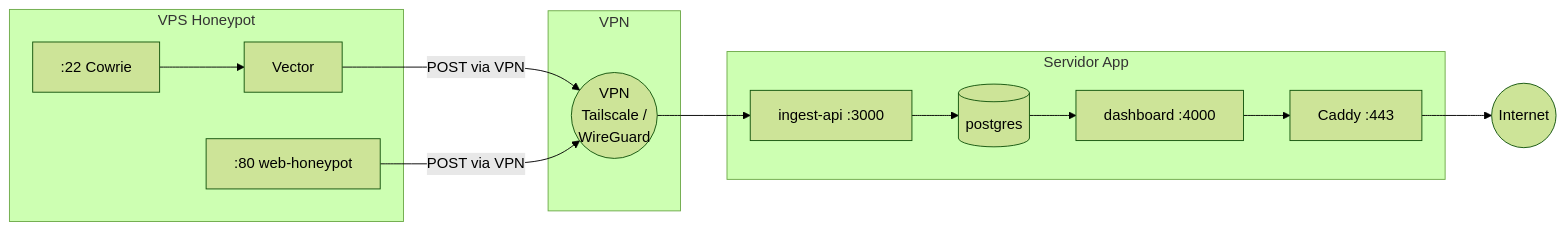
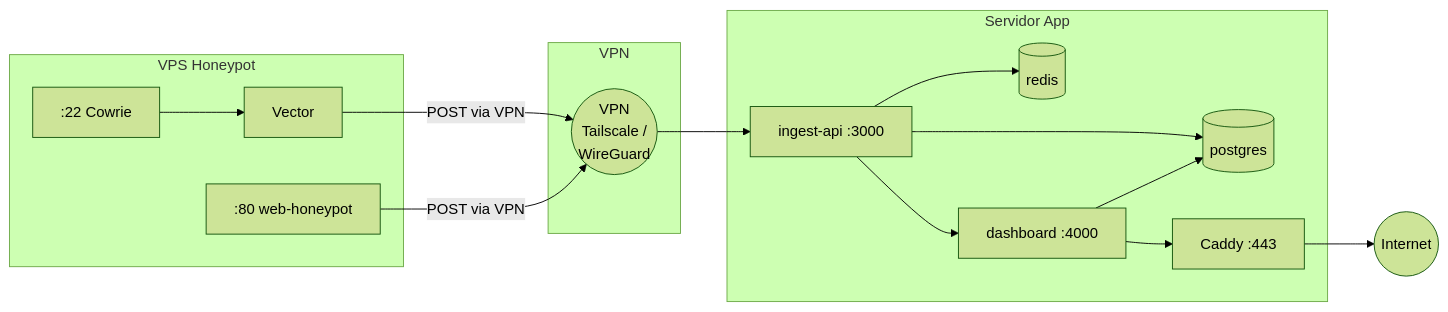
One commit to elrichi31/honeypot-ai changed the fifth of 15 diagrams in apps/docs/src/content/docs/architecture.md. Above: the diagram before and after it, drawn with Mermaid (forest theme). The commit also changed other lines of this file and 22 other files, not shown here.

````diff
--- a/apps/docs/src/content/docs/architecture.md
+++ b/apps/docs/src/content/docs/architecture.md
@@ -155,25 +212,29 @@
 ```mermaid
 graph LR
     subgraph "VPS Honeypot"
         COW[:22 Cowrie]
         WEB[:80 web-honeypot]
         VEC[Vector]
     end
 
     subgraph VPN
         TUNNEL((VPN\nTailscale /\nWireGuard))
     end
 
     subgraph "Servidor App"
         API[ingest-api :3000]
         DB[(postgres)]
+        RD[(redis)]
         DASH[dashboard :4000]
         CAD[Caddy :443]
     end
 
     INTERNET((Internet))
 
     COW --> VEC -->|POST via VPN| TUNNEL --> API
     WEB -->|POST via VPN| TUNNEL
-    API --> DB --> DASH --> CAD --> INTERNET
+    API --> DB
+    API --> RD
+    DASH --> DB
+    API --> DASH --> CAD --> INTERNET
 ```
````
